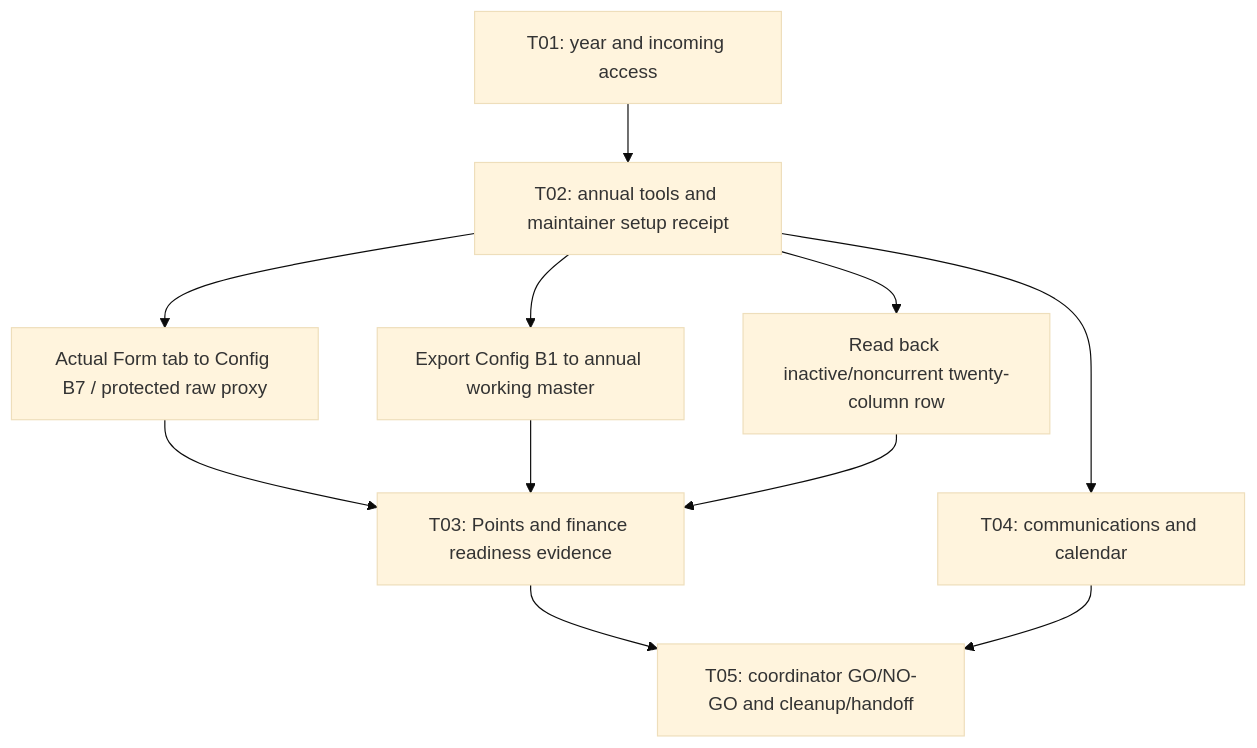
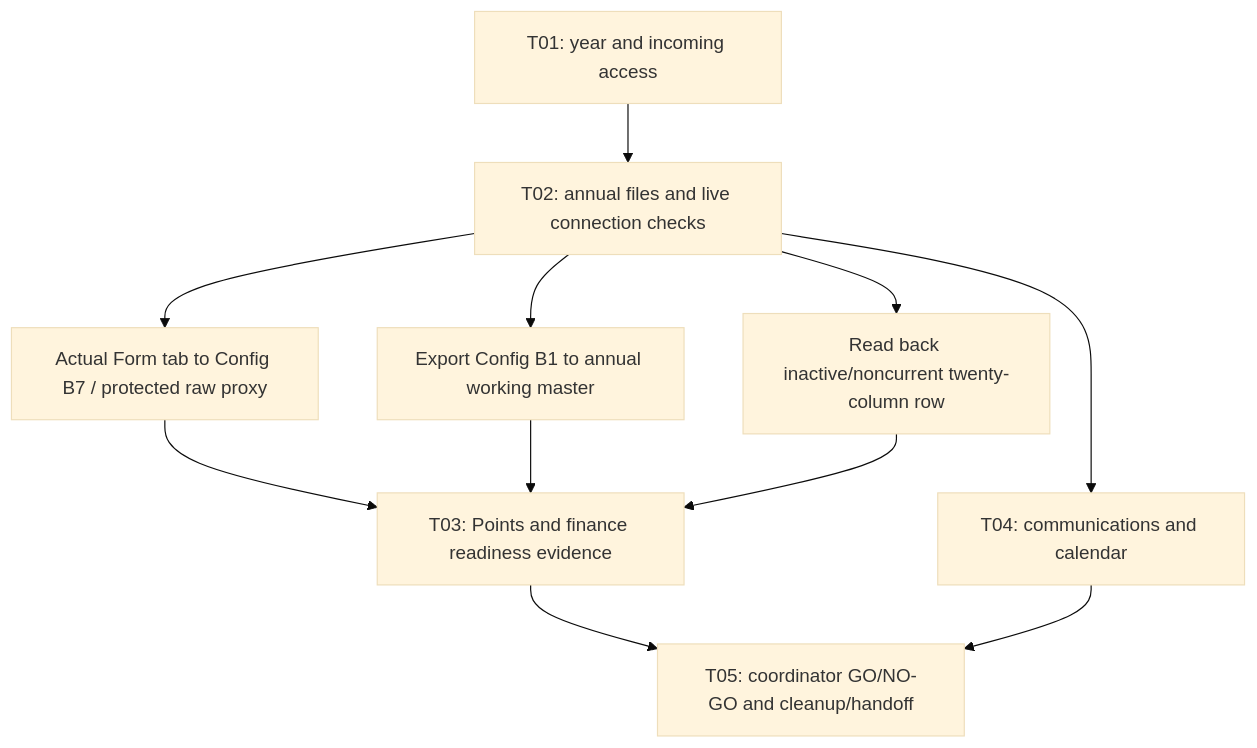
The diagram in docs/officer-transition/system-flow.md (ASME-OSU/ASME-HUB), drawn with Mermaid (base theme) before and after one commit. The commit also changed other lines of this file and 38 other files, not shown here.

````diff
--- a/docs/officer-transition/system-flow.md
+++ b/docs/officer-transition/system-flow.md
@@ -7,13 +7,13 @@
 ```mermaid
 flowchart TD
- A[T01: year and incoming access] --> B[T02: annual tools and maintainer setup receipt]
+ A[T01: year and incoming access] --> B[T02: annual files and live connection checks]
  B --> C[Actual Form tab to Config B7 / protected raw proxy]
  B --> D[Export Config B1 to annual working master]
  B --> E[Read back inactive/noncurrent twenty-column row]
  C --> F[T03: Points and finance readiness evidence]
  D --> F
  E --> F
  B --> G[T04: communications and calendar]
  F --> H[T05: coordinator GO/NO-GO and cleanup/handoff]
  G --> H
 ```
````
